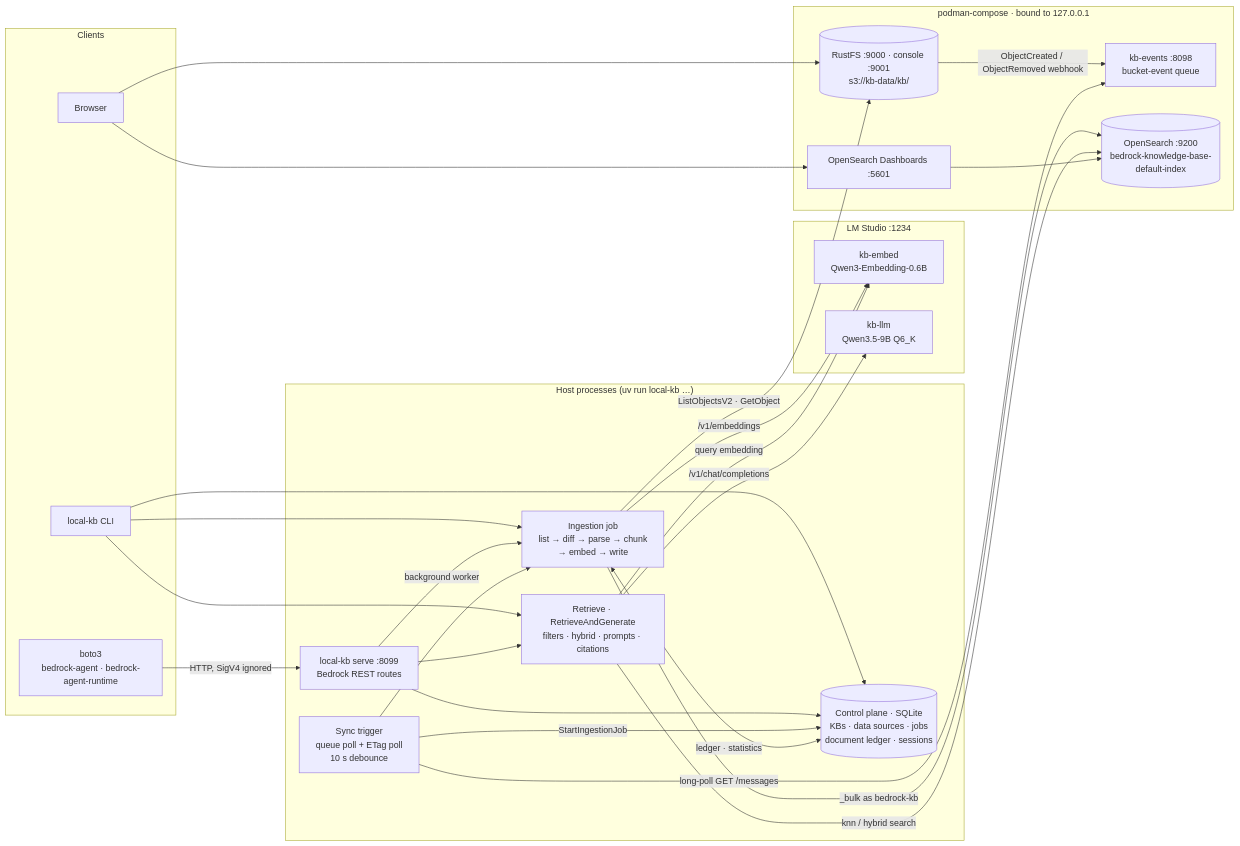
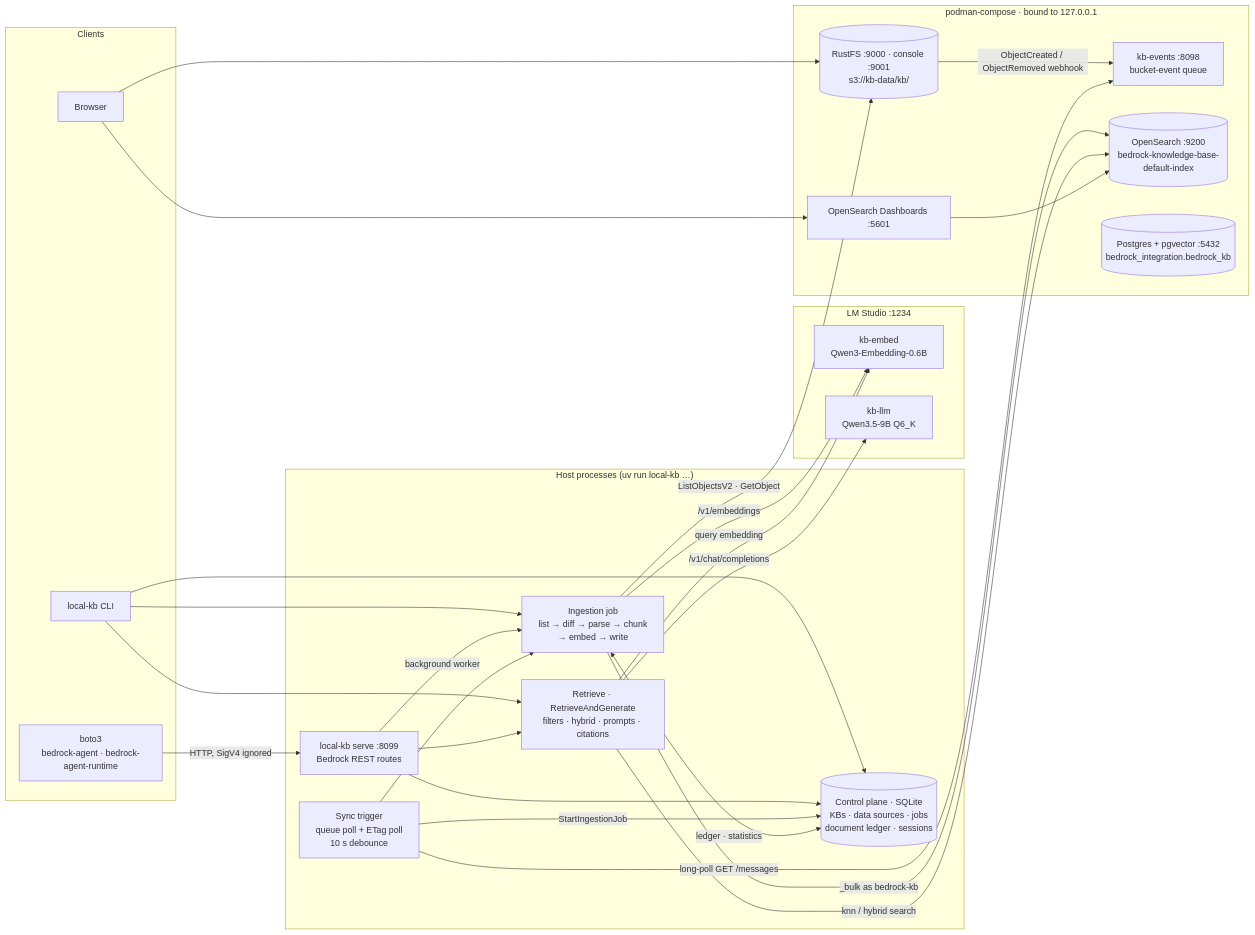
One commit to joebarbere/aws-ai changed the first of 2 diagrams in local-kb/README.md. Above: the diagram before and after it, drawn with Mermaid. The commit also changed other lines of this file and 12 other files, not shown here.

First line of the commit message:
local-kb: P2, a Postgres + pgvector service and RDS storage configs

````diff
--- a/local-kb/README.md
+++ b/local-kb/README.md
@@ -17,50 +17,51 @@
 ```mermaid
 flowchart LR
     subgraph clients["Clients"]
         boto3["boto3<br/>bedrock-agent · bedrock-agent-runtime"]
         cli["local-kb CLI"]
         browser["Browser"]
     end
 
     subgraph host["Host processes (uv run local-kb …)"]
         server["local-kb serve :8099<br/>Bedrock REST routes"]
         control[("Control plane · SQLite<br/>KBs · data sources · jobs<br/>document ledger · sessions")]
         trigger["Sync trigger<br/>queue poll + ETag poll<br/>10 s debounce"]
         ingest["Ingestion job<br/>list → diff → parse → chunk<br/>→ embed → write"]
         runtime["Retrieve · RetrieveAndGenerate<br/>filters · hybrid · prompts · citations"]
     end
 
     subgraph lmstudio["LM Studio :1234"]
         embed["kb-embed<br/>Qwen3-Embedding-0.6B"]
         llm["kb-llm<br/>Qwen3.5-9B Q6_K"]
     end
 
     subgraph containers["podman-compose · bound to 127.0.0.1"]
         rustfs[("RustFS :9000 · console :9001<br/>s3://kb-data/kb/")]
         events["kb-events :8098<br/>bucket-event queue"]
         opensearch[("OpenSearch :9200<br/>bedrock-knowledge-base-default-index")]
         dashboards["OpenSearch Dashboards :5601"]
+        postgres[("Postgres + pgvector :5432<br/>bedrock_integration.bedrock_kb")]
     end
 
     boto3 -->|"HTTP, SigV4 ignored"| server
     cli --> control
     cli --> ingest
     cli --> runtime
     server --> control
     server --> runtime
     server -->|"background worker"| ingest
     rustfs -->|"ObjectCreated / ObjectRemoved webhook"| events
     trigger -->|"long-poll GET /messages"| events
     trigger -->|"StartIngestionJob"| control
     trigger --> ingest
     ingest -->|"ListObjectsV2 · GetObject"| rustfs
     ingest -->|"/v1/embeddings"| embed
     ingest -->|"_bulk as bedrock-kb"| opensearch
     ingest <-->|"ledger · statistics"| control
     runtime -->|"query embedding"| embed
     runtime -->|"knn / hybrid search"| opensearch
     runtime -->|"/v1/chat/completions"| llm
     browser --> dashboards
     browser --> rustfs
     dashboards --> opensearch
 ```
````
